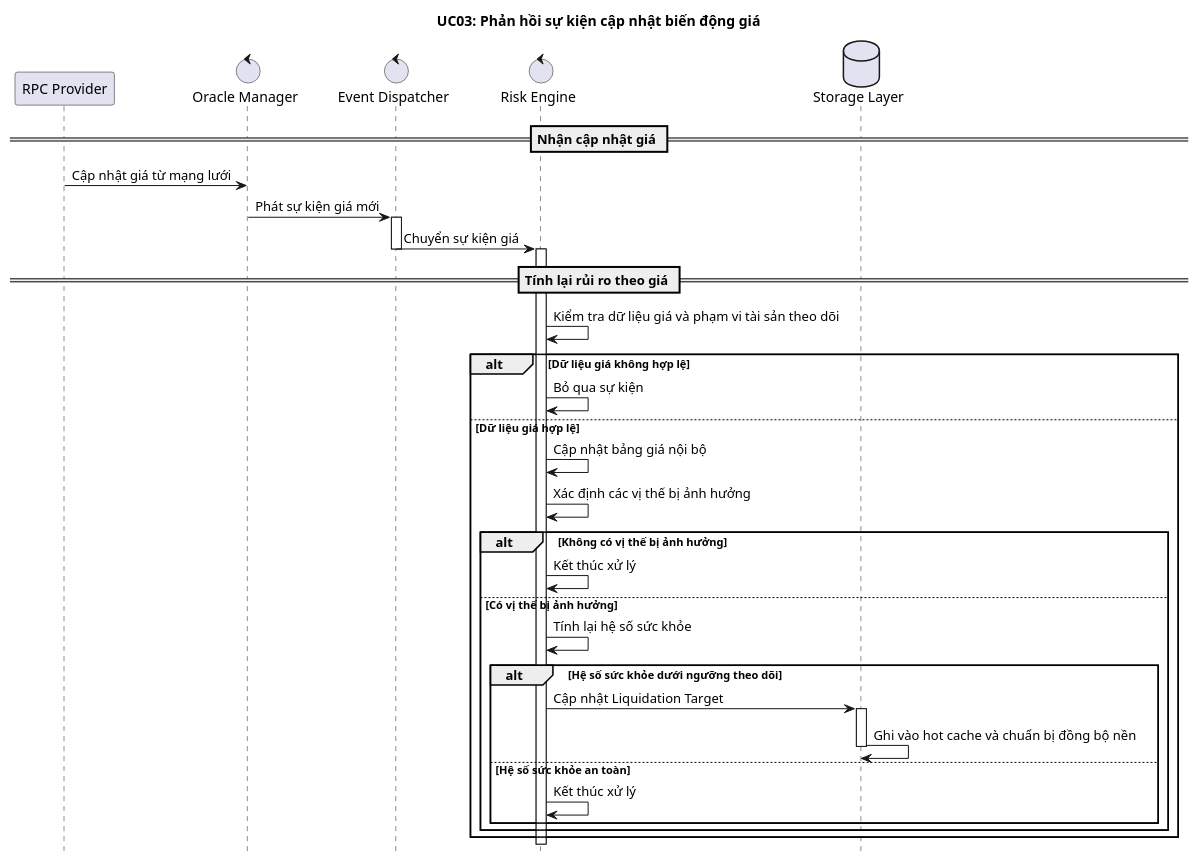
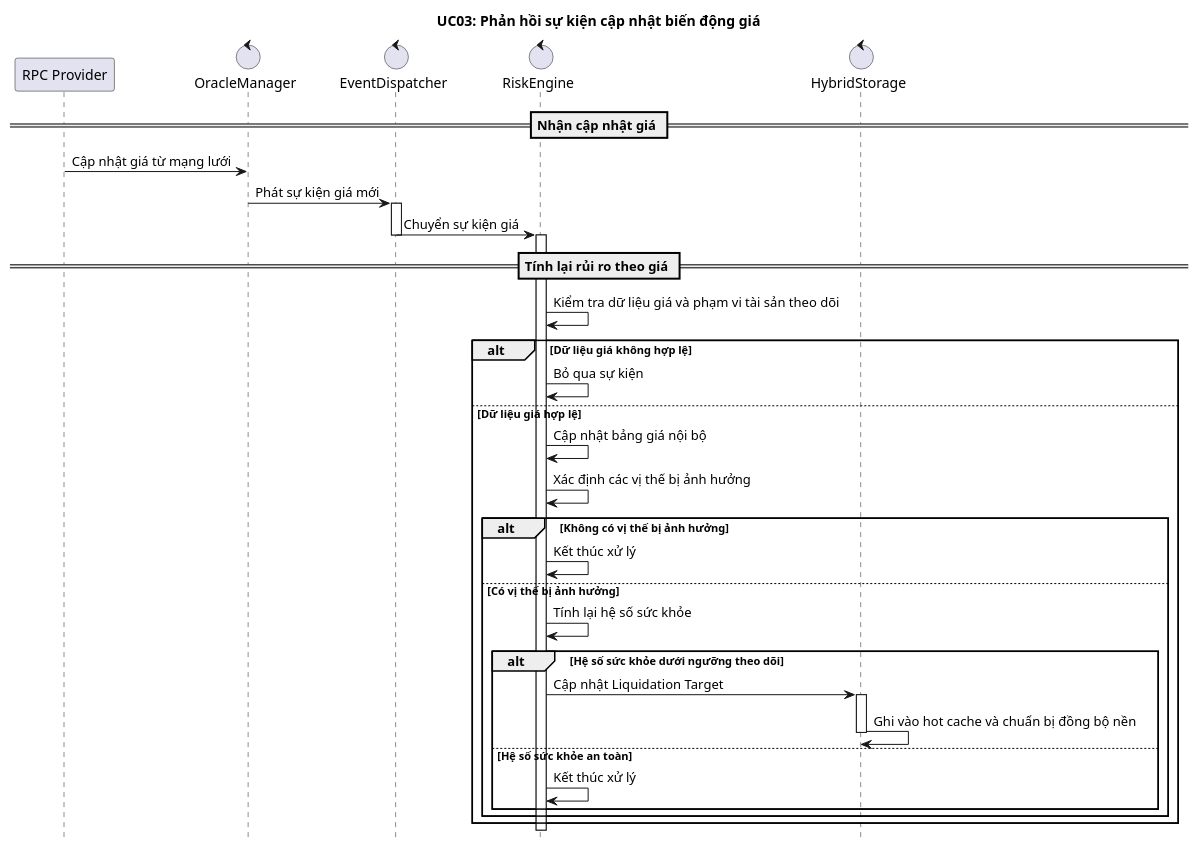
One commit to dominhquangklhd/liquidator changed the diagram in docs/diagrams/seq/e2e_seq_uc03_price_update.puml. Above: the diagram before and after it, drawn with PlantUML. The commit also changed 3 other files, not shown here.

```diff
--- a/docs/diagrams/seq/e2e_seq_uc03_price_update.puml
+++ b/docs/diagrams/seq/e2e_seq_uc03_price_update.puml
@@ -1,44 +1,44 @@
 @startuml
 hide footbox
 title UC03: Phản hồi sự kiện cập nhật biến động giá
 
 participant "RPC Provider" as RPC
-control "Oracle Manager" as Oracle
-control "Event Dispatcher" as Dispatcher
-control "Risk Engine" as Risk
-database "Storage Layer" as Storage
+control "OracleManager" as Oracle
+control "EventDispatcher" as Dispatcher
+control "RiskEngine" as Risk
+control "HybridStorage" as Storage
 
 == Nhận cập nhật giá ==
 RPC -> Oracle: Cập nhật giá từ mạng lưới
 Oracle -> Dispatcher: Phát sự kiện giá mới
 activate Dispatcher
 Dispatcher -> Risk: Chuyển sự kiện giá
 deactivate Dispatcher
 
 == Tính lại rủi ro theo giá ==
 activate Risk
 Risk -> Risk: Kiểm tra dữ liệu giá và phạm vi tài sản theo dõi
 alt Dữ liệu giá không hợp lệ
     Risk -> Risk: Bỏ qua sự kiện
 else Dữ liệu giá hợp lệ
     Risk -> Risk: Cập nhật bảng giá nội bộ
     Risk -> Risk: Xác định các vị thế bị ảnh hưởng
 
     alt Không có vị thế bị ảnh hưởng
         Risk -> Risk: Kết thúc xử lý
     else Có vị thế bị ảnh hưởng
         Risk -> Risk: Tính lại hệ số sức khỏe
 
         alt Hệ số sức khỏe dưới ngưỡng theo dõi
             Risk -> Storage: Cập nhật Liquidation Target
             activate Storage
             Storage -> Storage: Ghi vào hot cache và chuẩn bị đồng bộ nền
             deactivate Storage
         else Hệ số sức khỏe an toàn
             Risk -> Risk: Kết thúc xử lý
         end
     end
 end
 deactivate Risk
 
 @enduml
```
